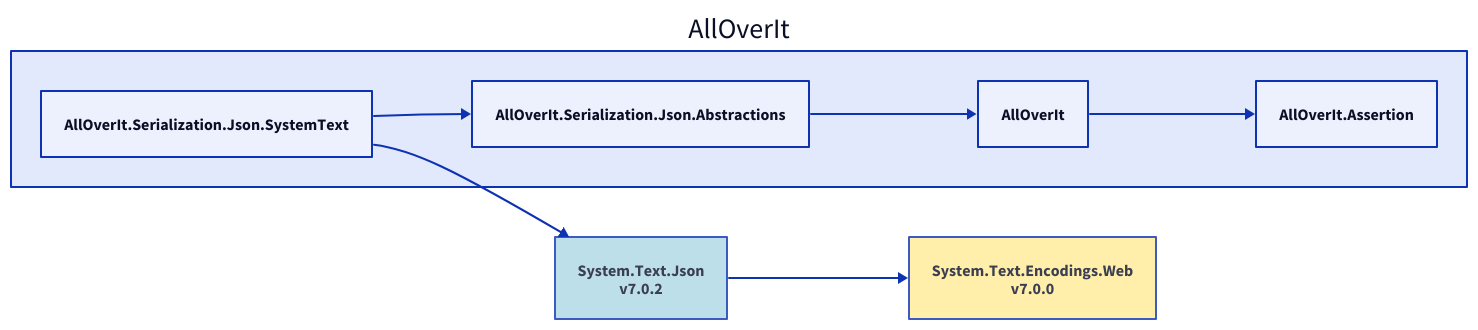
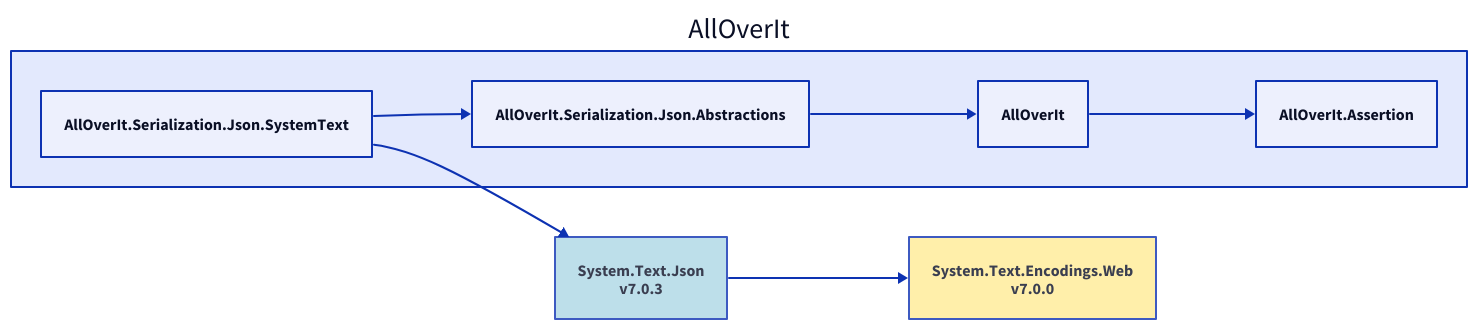
Before and after one commit to nickathone/AllOverIt: the diagram in Docs/Dependencies/alloverit-serialization-json-systemtext.d2, drawn with D2. The commit also changed 20 other files, not shown here.

Commit message:
Dependency diagram updates

```diff
--- a/Docs/Dependencies/alloverit-serialization-json-systemtext.d2
+++ b/Docs/Dependencies/alloverit-serialization-json-systemtext.d2
@@ -1,18 +1,18 @@
 direction: right
 
 aoi: AllOverIt
 aoi.alloverit-serialization-json-systemtext: AllOverIt.Serialization.Json.SystemText
-system-text-json_7-0-2: System.Text.Json\nv7.0.2
-system-text-json_7-0-2.style.fill: "#ADD8E6"
-system-text-json_7-0-2.style.opacity: 0.8
+system-text-json_7-0-3: System.Text.Json\nv7.0.3
+system-text-json_7-0-3.style.fill: "#ADD8E6"
+system-text-json_7-0-3.style.opacity: 0.8
 system-text-encodings-web_7-0-0: System.Text.Encodings.Web\nv7.0.0
 system-text-encodings-web_7-0-0.style.fill: "#FFEC96"
 system-text-encodings-web_7-0-0.style.opacity: 0.8
-system-text-encodings-web_7-0-0 <- system-text-json_7-0-2
-system-text-json_7-0-2 <- aoi.alloverit-serialization-json-systemtext
+system-text-encodings-web_7-0-0 <- system-text-json_7-0-3
+system-text-json_7-0-3 <- aoi.alloverit-serialization-json-systemtext
 aoi.alloverit-serialization-json-abstractions: AllOverIt.Serialization.Json.Abstractions
 aoi.alloverit: AllOverIt
 aoi.alloverit-assertion: AllOverIt.Assertion
 aoi.alloverit-assertion <- aoi.alloverit
 aoi.alloverit <- aoi.alloverit-serialization-json-abstractions
 aoi.alloverit-serialization-json-abstractions <- aoi.alloverit-serialization-json-systemtext
```
